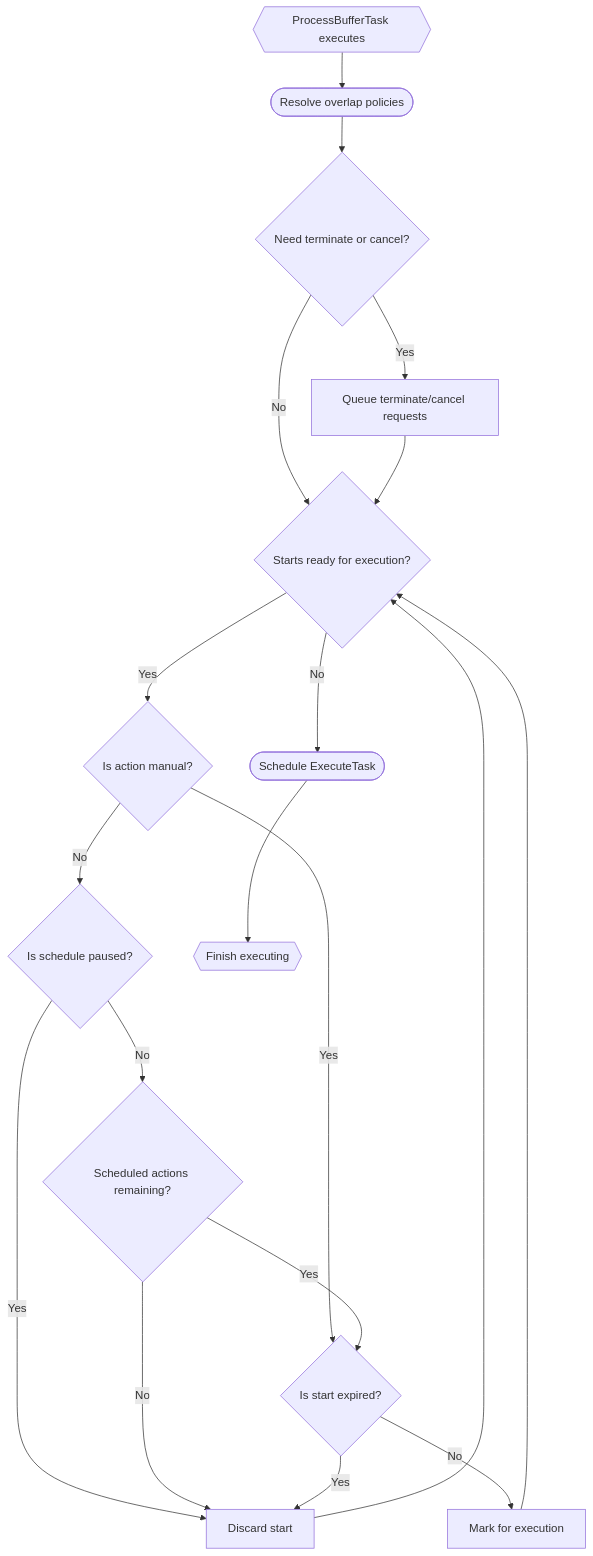
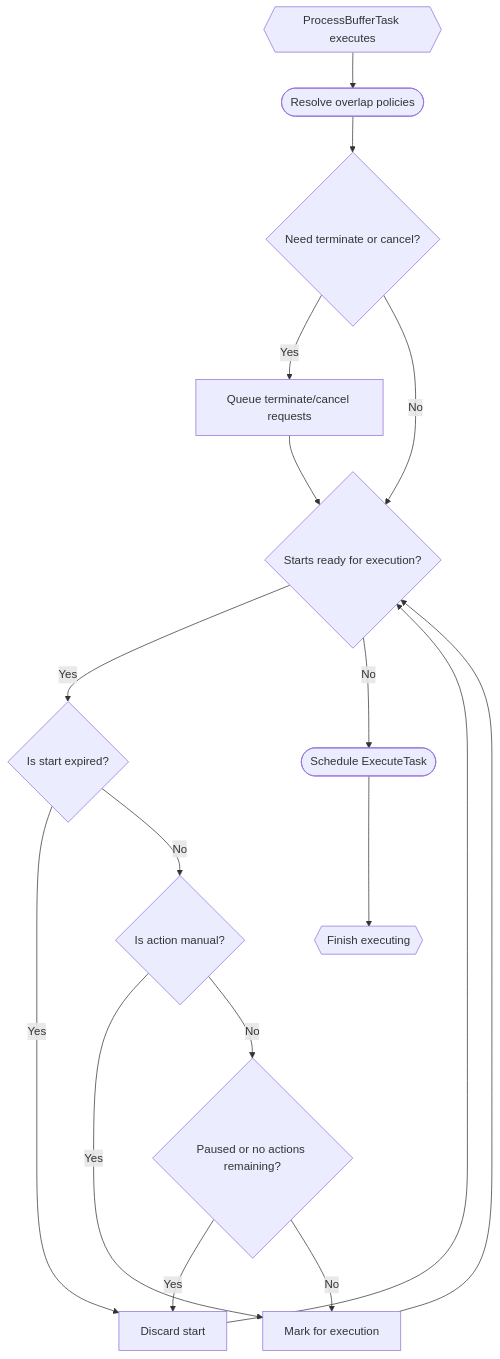
The sixth of 9 diagrams in docs/architecture/schedules.md (temporalio/temporal), drawn with Mermaid before and after one commit. The commit also changed other lines of this file and 15 other files, not shown here.

````diff
--- a/docs/architecture/schedules.md
+++ b/docs/architecture/schedules.md
@@ -204,35 +208,32 @@
 ```mermaid
 flowchart TD
     A{{ProcessBufferTask executes}}
     B([Resolve overlap policies])
     C{Need terminate or cancel?}
     D[Queue terminate/cancel requests]
     E{Starts ready for execution?}
+    I{Is start expired?}
     F{Is action manual?}
-    G{Is schedule paused?}
-    H{Scheduled actions remaining?}
-    I{Is start expired?}
+    N{Paused or no actions remaining?}
     J[Discard start]
     K[Mark for execution]
     L([Schedule ExecuteTask])
     M{{Finish executing}}
 
     A --> B
     B --> C
     C -->|Yes| D
     C -->|No| E
     D --> E
-    E -->|Yes| F
+    E -->|Yes| I
     E -->|No| L
-    F -->|Yes| I
-    F -->|No| G
-    G -->|Yes| J
-    G -->|No| H
-    H -->|No| J
-    H -->|Yes| I
     I -->|Yes| J
-    I -->|No| K
+    I -->|No| F
+    F -->|Yes| K
+    F -->|No| N
+    N -->|Yes| J
+    N -->|No| K
     J --> E
     K --> E
     L --> M
 ```
````
